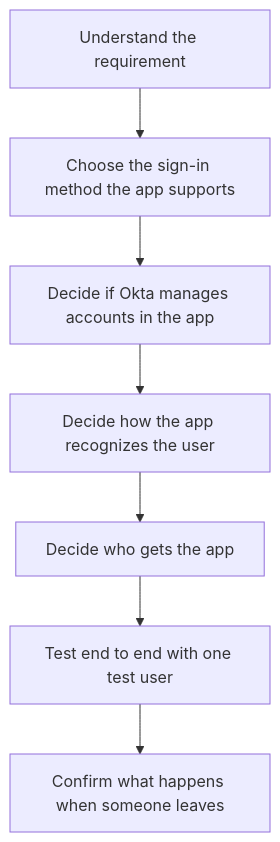
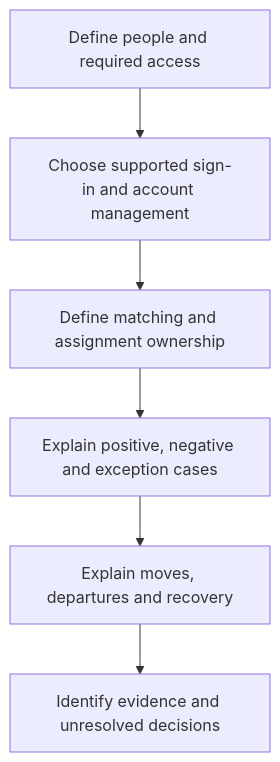
Before and after one commit to TedxHarry/Okta_Theory: the diagram in reference/onboarding-an-application.md, drawn with Mermaid. The commit also changed other lines of this file and 63 other files, not shown here.

Commit message:
Clarify course references and repair Pages navigation and diagrams

````diff
--- a/reference/onboarding-an-application.md
+++ b/reference/onboarding-an-application.md
@@ -11,9 +13,8 @@
 ```mermaid
 flowchart TD
-  A["Understand the requirement"] --> B["Choose the sign-in method the app supports"]
-  B --> C["Decide if Okta manages accounts in the app"]
-  C --> D["Decide how the app recognizes the user"]
-  D --> E["Decide who gets the app"]
-  E --> F["Test end to end with one test user"]
-  F --> G["Confirm what happens when someone leaves"]
+  A["Define people and required access"] --> B["Choose supported sign-in and account management"]
+  B --> C["Define matching and assignment ownership"]
+  C --> D["Explain positive, negative and exception cases"]
+  D --> E["Explain moves, departures and recovery"]
+  E --> F["Identify evidence and unresolved decisions"]
 ```
````
